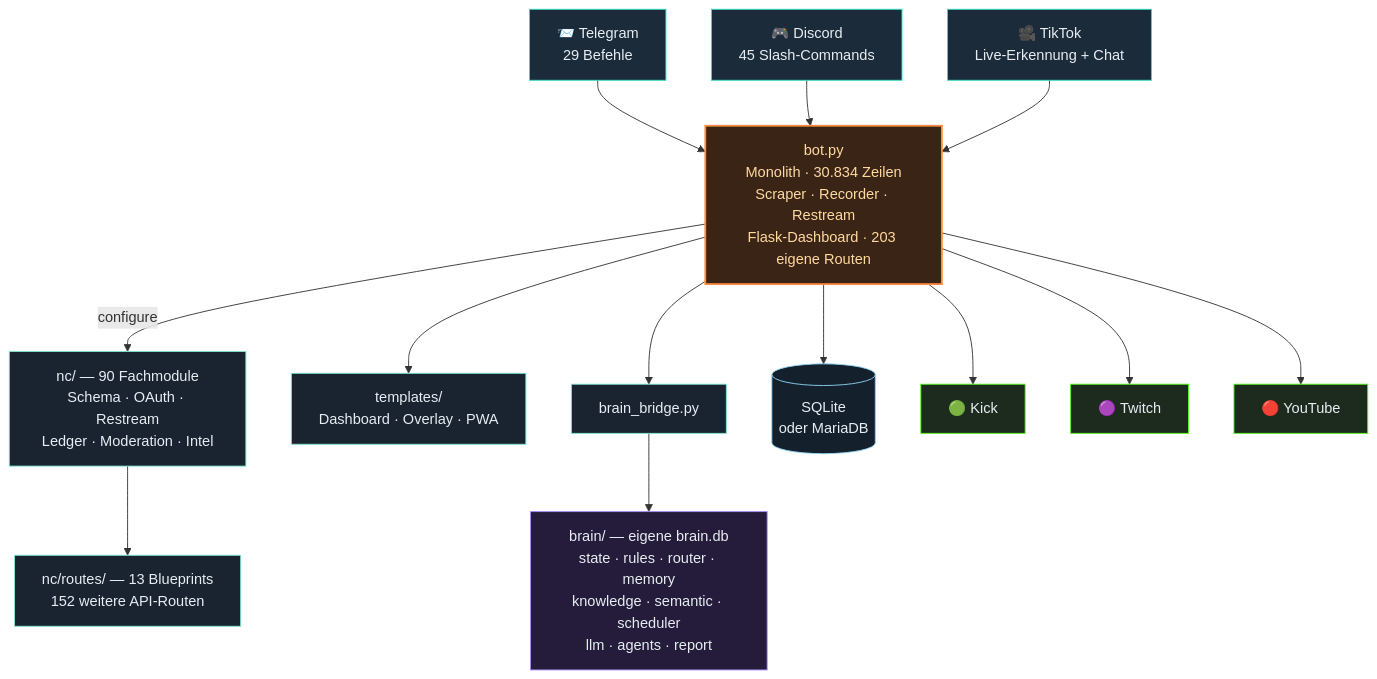
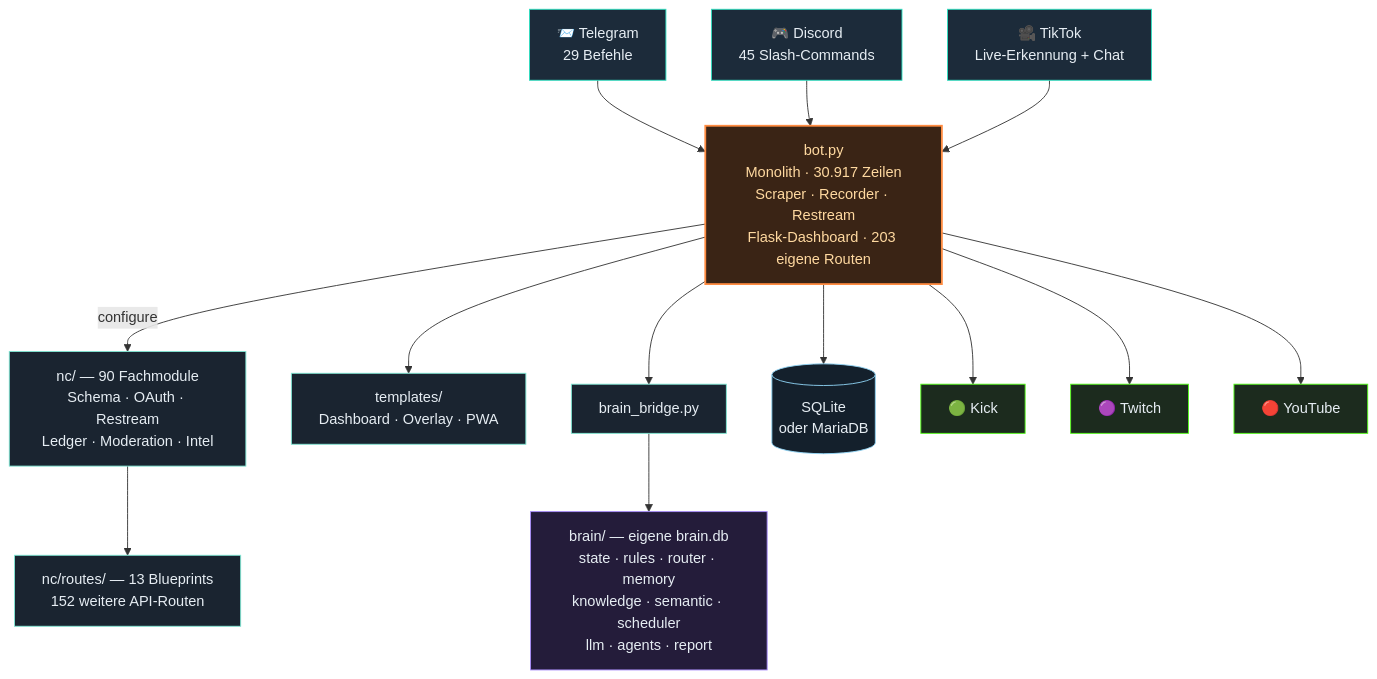
Before and after one commit to itsamemedev/Telegram-Stream-Info-Bot: the third of 4 diagrams in README.md, drawn with Mermaid. The commit also changed other lines of this file and 12 other files, not shown here.

````diff
--- a/README.md
+++ b/README.md
@@ -187,30 +187,30 @@
 ```mermaid
 flowchart TB
     TG["📨 Telegram<br/>29 Befehle"]:::ein
     DC["🎮 Discord<br/>45 Slash-Commands"]:::ein
     TT["🎥 TikTok<br/>Live-Erkennung + Chat"]:::ein
 
     TG --> BOT
     DC --> BOT
     TT --> BOT
 
-    BOT["bot.py<br/>Monolith · 30.834 Zeilen<br/>Scraper · Recorder · Restream<br/>Flask-Dashboard · 203 eigene Routen"]:::core
+    BOT["bot.py<br/>Monolith · 30.917 Zeilen<br/>Scraper · Recorder · Restream<br/>Flask-Dashboard · 203 eigene Routen"]:::core
 
     BOT -->|configure| NC["nc/ — 90 Fachmodule<br/>Schema · OAuth · Restream<br/>Ledger · Moderation · Intel"]:::lib
     NC --> RT["nc/routes/ — 13 Blueprints<br/>152 weitere API-Routen"]:::lib
     BOT --> TPL["templates/<br/>Dashboard · Overlay · PWA"]:::lib
     BOT --> BR["brain_bridge.py"]:::lib
     BR --> BRAIN["brain/ — eigene brain.db<br/>state · rules · router · memory<br/>knowledge · semantic · scheduler<br/>llm · agents · report"]:::brain
     BOT --> DB[("SQLite<br/>oder MariaDB")]:::db
 
     BOT --> KICK["🟢 Kick"]:::out
     BOT --> TW["🟣 Twitch"]:::out
     BOT --> YT["🔴 YouTube"]:::out
 
     classDef ein fill:#1c2b3a,stroke:#2de1c2,color:#e6edf3
     classDef core fill:#3a2415,stroke:#ff8c42,stroke-width:2px,color:#ffd9a0
     classDef lib fill:#1a2430,stroke:#7fe7d4,color:#e6edf3
     classDef brain fill:#241c3a,stroke:#a78bfa,color:#e6edf3
     classDef db fill:#14202c,stroke:#8fd3f4,color:#e6edf3
     classDef out fill:#1c2b1e,stroke:#53fc18,color:#e6edf3
 ```
````
